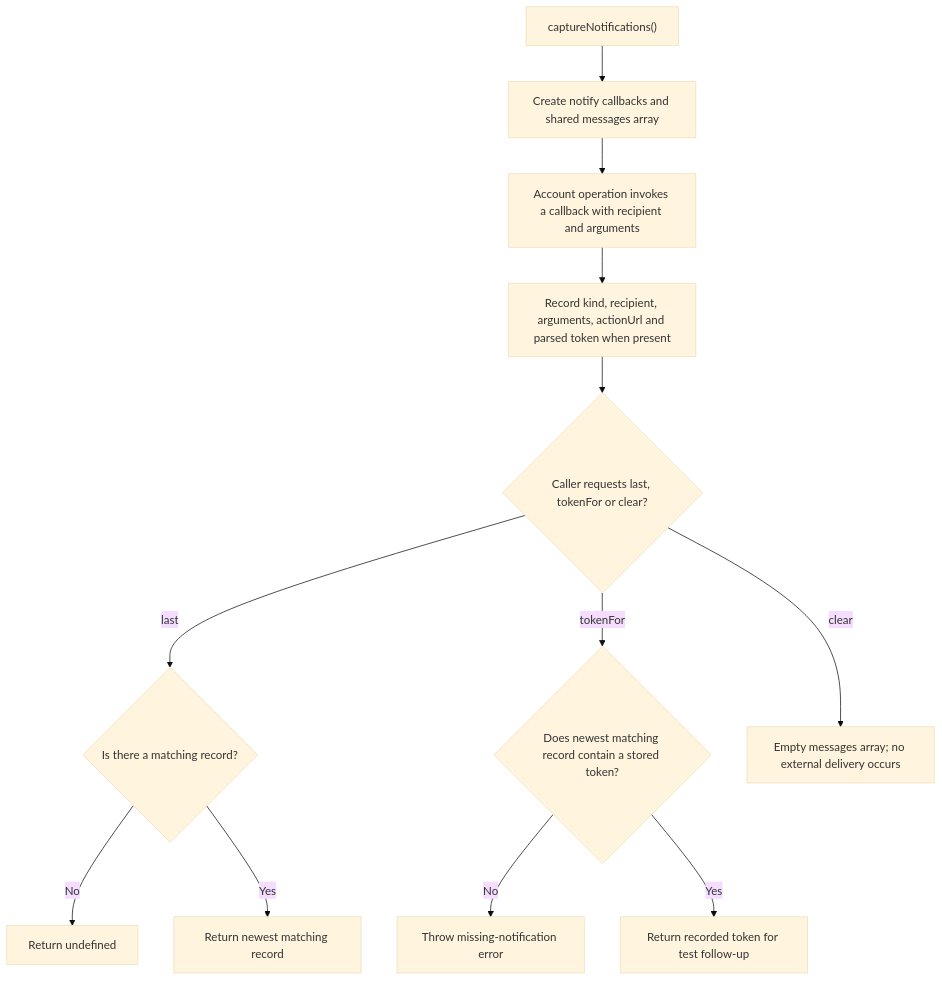
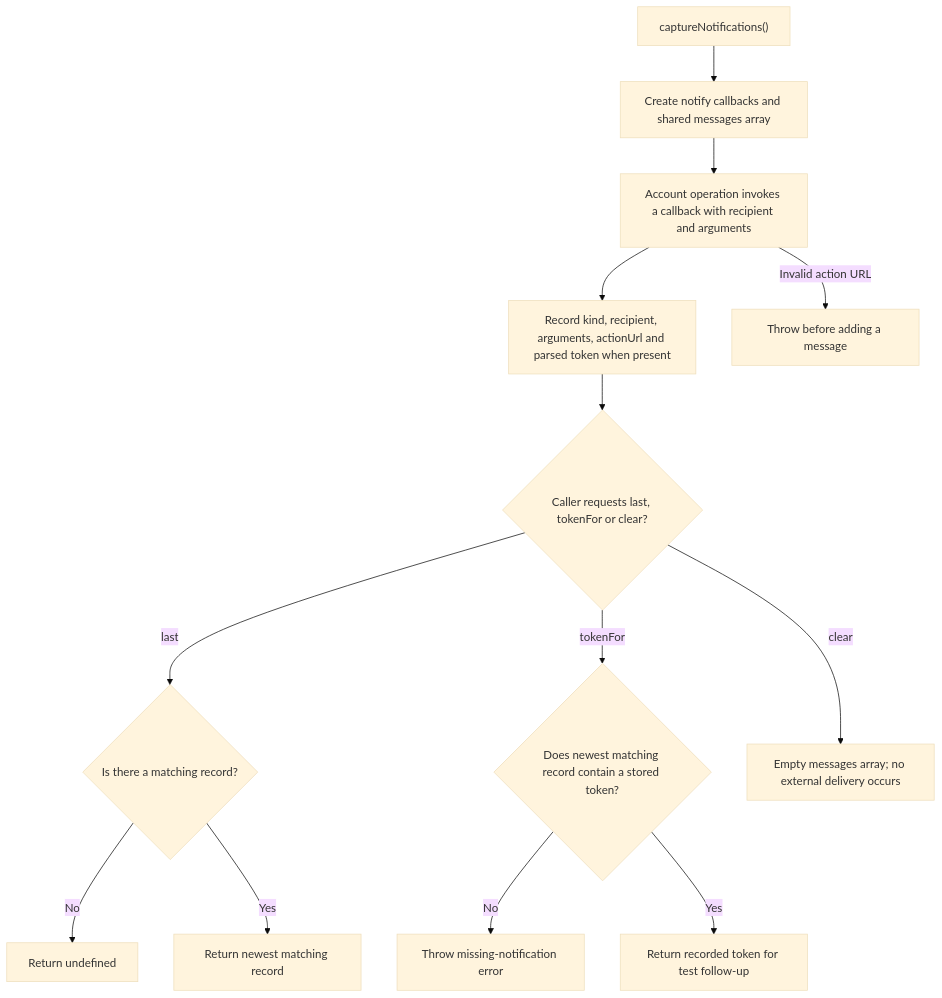
One commit to Kevinjohn/oss-adonisjs-account-kit changed the second of 2 diagrams in user-stories/US-ACCOUNT-55-capture-notifications-in-tests.md. Above: the diagram before and after it, drawn with Mermaid (base theme). The commit also changed other lines of this file and 42 other files, not shown here.

````diff
--- a/user-stories/US-ACCOUNT-55-capture-notifications-in-tests.md
+++ b/user-stories/US-ACCOUNT-55-capture-notifications-in-tests.md
@@ -34,14 +35,15 @@
 ```mermaid
 flowchart TD
  A["captureNotifications()"] --> B["Create notify callbacks and shared messages array"]
  B --> C["Account operation invokes a callback with recipient and arguments"]
  C --> D["Record kind, recipient, arguments, actionUrl and parsed token when present"]
+ C -->|Invalid action URL| X["Throw before adding a message"]
  D --> E{"Caller requests last, tokenFor or clear?"}
  E -->|last| F{"Is there a matching record?"}
  F -->|No| G["Return undefined"]
  F -->|Yes| H["Return newest matching record"]
  E -->|tokenFor| I{"Does newest matching record contain a stored token?"}
  I -->|No| J["Throw missing-notification error"]
  I -->|Yes| K["Return recorded token for test follow-up"]
  E -->|clear| L["Empty messages array; no external delivery occurs"]
 ```
````
